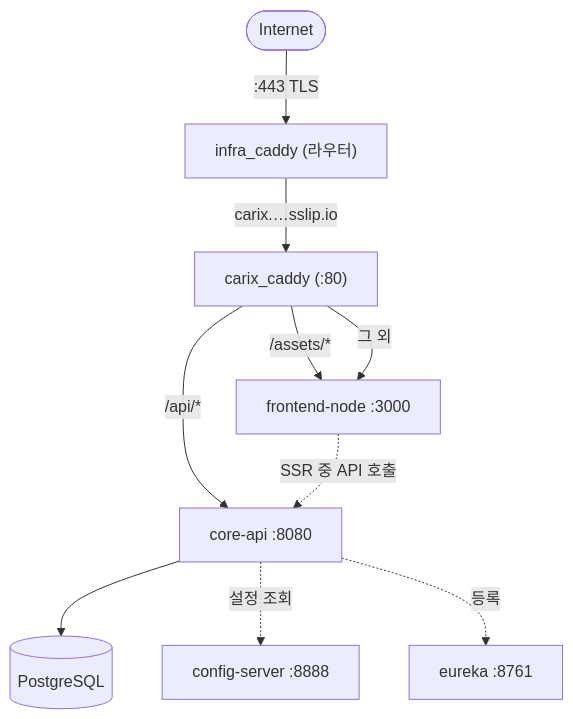
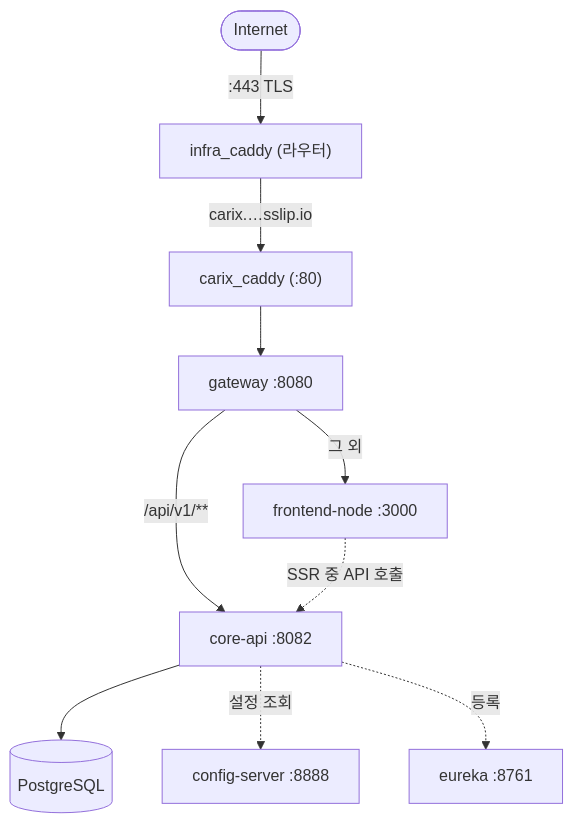
Before and after one commit to SeoHyeokGyu/Carix: the second of 2 diagrams in README.md, drawn with Mermaid. The commit also changed other lines of this file and 3 other files, not shown here.

First line of the commit message:
docs: Gateway 도입 상태 반영 (spring-cloud-architecture.md, backend/README.md 외)

````diff
--- a/README.md
+++ b/README.md
@@ -317,12 +317,12 @@
 ```mermaid
 flowchart TD
     Internet([Internet]) -->|":443 TLS"| Router["infra_caddy (라우터)"]
     Router -->|"carix.…sslip.io"| CarixCaddy["carix_caddy (:80)"]
-    CarixCaddy -->|"/api/*"| CoreApi["core-api :8080"]
-    CarixCaddy -->|"/assets/*"| NodeSSR
-    CarixCaddy -->|"그 외"| NodeSSR["frontend-node :3000"]
+    CarixCaddy --> GW["gateway :8080"]
+    GW -->|"/api/v1/**"| CoreApi["core-api :8082"]
+    GW -->|"그 외"| NodeSSR["frontend-node :3000"]
     NodeSSR -.->|"SSR 중 API 호출"| CoreApi
     CoreApi --> DB[(PostgreSQL)]
     CoreApi -.->|"설정 조회"| Config["config-server :8888"]
     CoreApi -.->|"등록"| Eureka["eureka :8761"]
 ```
````
